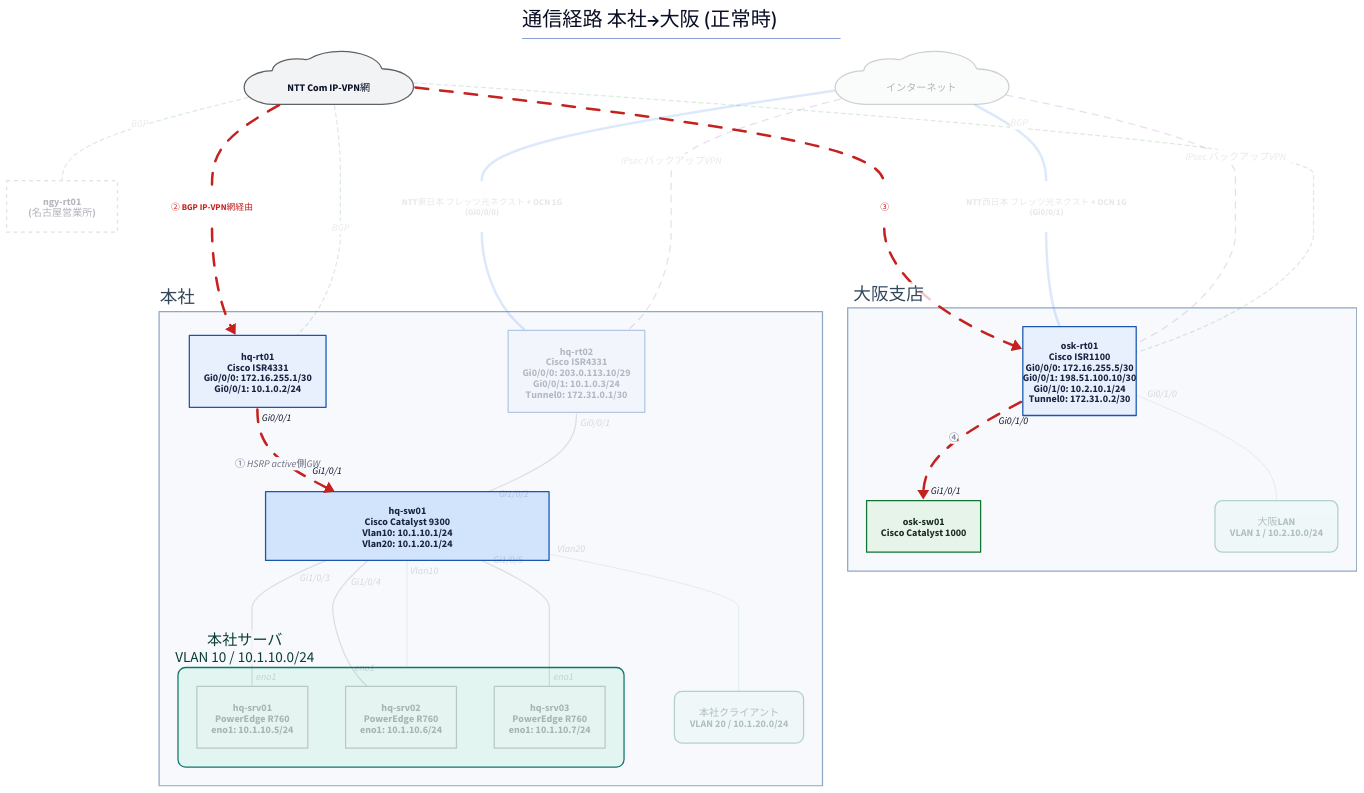
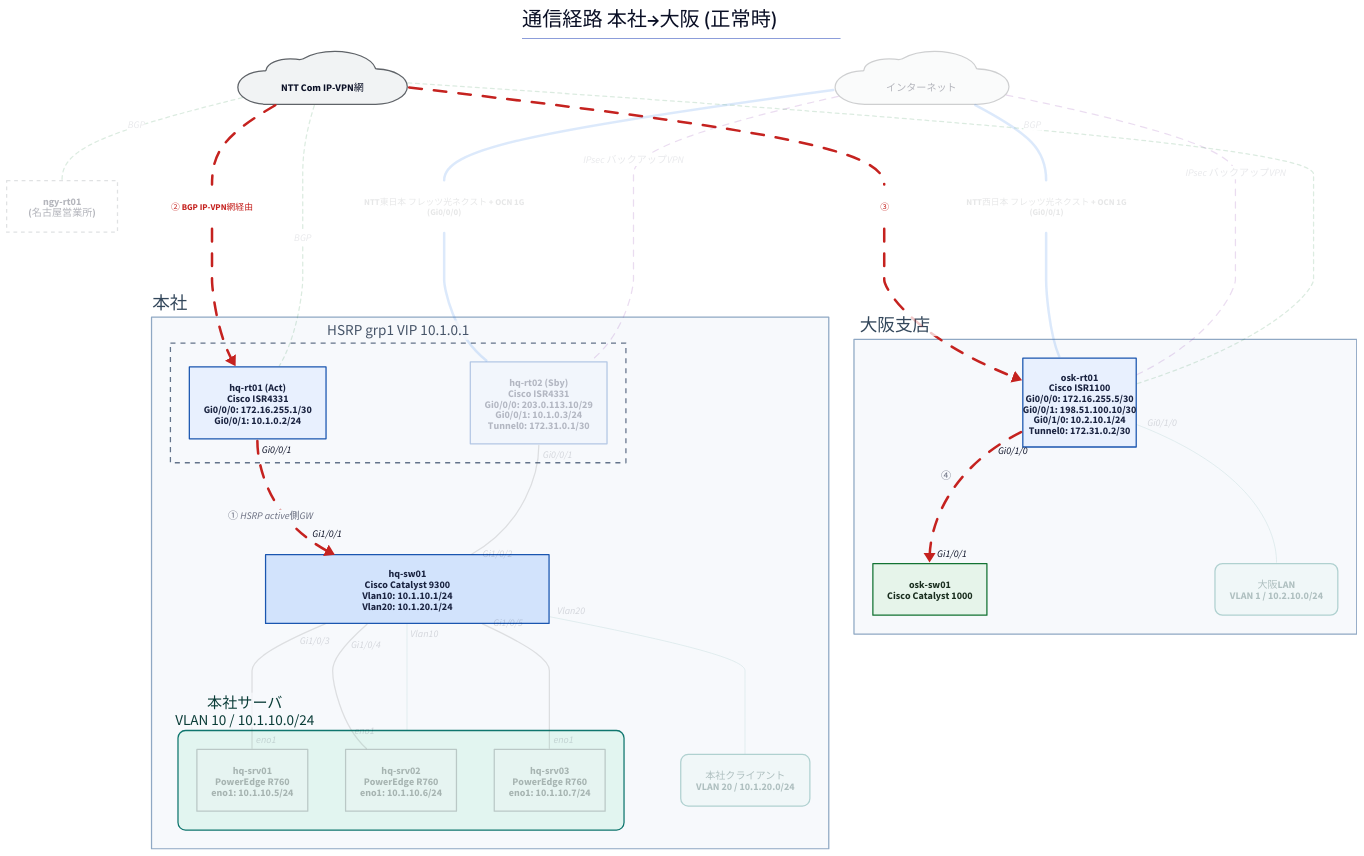
One commit to thinas1115/nwdsl changed the diagram in examples/sample-corp/generated/path-normal.d2. Above: the diagram before and after it, drawn with D2. The commit also changed 91 other files, not shown here.

```diff
--- a/examples/sample-corp/generated/path-normal.d2
+++ b/examples/sample-corp/generated/path-normal.d2
@@ -1,78 +1,82 @@
 title: |md
   # 通信経路 本社→大阪 (正常時)
 | {near: top-center}
 direction: down
 
 classes: {
   role-router: {style.fill: "#e8f0fe"; style.stroke: "#1a56b0"; style.font-color: "#1a2340"}
   role-l3switch: {style.fill: "#d2e3fc"; style.stroke: "#1a56b0"; style.font-color: "#1a2340"}
   role-l2switch: {style.fill: "#e6f4ea"; style.stroke: "#137333"; style.font-color: "#1a2e1f"}
   role-firewall: {style.fill: "#fce8e6"; style.stroke: "#c5221f"; style.font-color: "#3c1a19"}
   role-other: {style.fill: "#f1f3f4"; style.stroke: "#5f6368"; style.font-color: "#202124"}
   node-cloud: {shape: cloud; style.fill: "#f1f3f4"; style.stroke: "#5f6368"}
   node-site: {style.fill: "#fff8e1"; style.stroke: "#b58105"; style.font-color: "#4a3a08"}
   node-segment: {style.fill: "#e2f5f0"; style.stroke: "#0f766e"; style.font-color: "#0b3d38"; style.border-radius: 12}
   node-external: {style.fill: "#ffffff"; style.stroke: "#9aa0a6"; style.stroke-dash: 3}
   group-site: {style.fill: "#f7f9fc"; style.stroke: "#8fa8c4"; style.font-color: "#33475b"}
+  group-redundancy: {style.fill: "transparent"; style.stroke: "#64748b"; style.stroke-dash: 4; style.font-color: "#475569"}
   edge-label: {style.fill: "transparent"; style.stroke: "transparent"; style.font-size: 14; style.font-color: "#5f6368"; style.italic: true}
   edge-lan-cable: {style.stroke: "#4a4a4a"; style.stroke-width: 2}
   edge-wan-circuit: {style.stroke: "#1a73e8"; style.stroke-width: 4}
   edge-tunnel: {style.stroke: "#7b1fa2"; style.stroke-width: 2; style.stroke-dash: 5}
   edge-logical: {style.stroke: "#188038"; style.stroke-width: 2; style.stroke-dash: 3}
   edge-segment: {style.stroke: "#0f766e"; style.stroke-width: 1}
 }
 
 s_hq: "本社" {
   class: group-site
   label.near: outside-top-left
-  n_hq_rt01: "hq-rt01\nCisco ISR4331\nGi0/0/0: 172.16.255.1/30\nGi0/0/1: 10.1.0.2/24" {class: role-router}
+  rg_hq_wan_rt: "HSRP grp1 VIP 10.1.0.1" {
+    class: group-redundancy
+    n_hq_rt01: "hq-rt01 (Act)\nCisco ISR4331\nGi0/0/0: 172.16.255.1/30\nGi0/0/1: 10.1.0.2/24" {class: role-router}
+    n_hq_rt02: "hq-rt02 (Sby)\nCisco ISR4331\nGi0/0/0: 203.0.113.10/29\nGi0/0/1: 10.1.0.3/24\nTunnel0: 172.31.0.1/30" {class: role-router; style.opacity: 0.3}
+  }
   n_hq_sw01: "hq-sw01\nCisco Catalyst 9300\nVlan10: 10.1.10.1/24\nVlan20: 10.1.20.1/24" {class: role-l3switch; width: 450}
-  n_hq_rt02: "hq-rt02\nCisco ISR4331\nGi0/0/0: 203.0.113.10/29\nGi0/0/1: 10.1.0.3/24\nTunnel0: 172.31.0.1/30" {class: role-router; style.opacity: 0.3}
   n_seg__hq_server: "本社サーバ\nVLAN 10 / 10.1.10.0/24" {
     class: node-segment
     label.near: outside-top-left
     n_hq_srv01: "hq-srv01\nPowerEdge R760\neno1: 10.1.10.5/24" {class: role-other; style.opacity: 0.3}
     n_hq_srv02: "hq-srv02\nPowerEdge R760\neno1: 10.1.10.6/24" {class: role-other; style.opacity: 0.3}
     n_hq_srv03: "hq-srv03\nPowerEdge R760\neno1: 10.1.10.7/24" {class: role-other; style.opacity: 0.3}
   }
   n_seg__hq_client: "本社クライアント\nVLAN 20 / 10.1.20.0/24" {class: node-segment; style.opacity: 0.3}
 }
 
 s_osk: "大阪支店" {
   class: group-site
   label.near: outside-top-left
   n_osk_rt01: "osk-rt01\nCisco ISR1100\nGi0/0/0: 172.16.255.5/30\nGi0/0/1: 198.51.100.10/30\nGi0/1/0: 10.2.10.1/24\nTunnel0: 172.31.0.2/30" {class: role-router; width: 180}
   n_osk_sw01: "osk-sw01\nCisco Catalyst 1000" {class: role-l2switch}
   n_seg__osk_lan: "大阪LAN\nVLAN 1 / 10.2.10.0/24" {class: node-segment; style.opacity: 0.3}
 }
 
 n_ipvpn: "　NTT Com IP-VPN網　" {class: node-cloud}
 n_internet: "　インターネット　" {class: node-cloud; style.opacity: 0.3}
 n_ngy_rt01: "ngy-rt01\n(名古屋営業所)" {class: node-external; style.opacity: 0.3}
 
-s_hq.n_hq_rt01 -> s_hq.n_hq_sw01: "① HSRP active側GW" {class: edge-lan-cable; source-arrowhead.label: "Gi0/0/1"; target-arrowhead.label: "Gi1/0/1"; style.stroke: "#c5221f"; style.stroke-width: 4; style.animated: true}
-s_hq.n_hq_rt02 -- s_hq.n_hq_sw01 {class: edge-lan-cable; source-arrowhead.label: "Gi0/0/1"; target-arrowhead.label: "Gi1/0/2"; style.opacity: 0.15}
+s_hq.rg_hq_wan_rt.n_hq_rt01 -> s_hq.n_hq_sw01: "① HSRP active側GW" {class: edge-lan-cable; source-arrowhead.label: "Gi0/0/1"; target-arrowhead.label: "Gi1/0/1"; style.stroke: "#c5221f"; style.stroke-width: 4; style.animated: true}
+s_hq.rg_hq_wan_rt.n_hq_rt02 -- s_hq.n_hq_sw01 {class: edge-lan-cable; source-arrowhead.label: "Gi0/0/1"; target-arrowhead.label: "Gi1/0/2"; style.opacity: 0.15}
 s_osk.n_osk_rt01 -> s_osk.n_osk_sw01: "④" {class: edge-lan-cable; source-arrowhead.label: "Gi0/1/0"; target-arrowhead.label: "Gi1/0/1"; style.stroke: "#c5221f"; style.stroke-width: 4; style.animated: true}
 s_hq.n_hq_sw01 -- s_hq.n_seg__hq_server.n_hq_srv01 {class: edge-lan-cable; source-arrowhead.label: "Gi1/0/3"; target-arrowhead.label: "eno1"; style.opacity: 0.15}
 s_hq.n_hq_sw01 -- s_hq.n_seg__hq_server.n_hq_srv02 {class: edge-lan-cable; source-arrowhead.label: "Gi1/0/4"; target-arrowhead.label: "eno1"; style.opacity: 0.15}
 s_hq.n_hq_sw01 -- s_hq.n_seg__hq_server.n_hq_srv03 {class: edge-lan-cable; source-arrowhead.label: "Gi1/0/5"; target-arrowhead.label: "eno1"; style.opacity: 0.15}
 lbl_6: "② BGP IP-VPN網経由" {class: edge-label; style.font-color: "#c5221f"; style.bold: true}
 n_ipvpn -- lbl_6 {class: edge-wan-circuit; style.stroke: "#c5221f"; style.stroke-width: 4; style.animated: true}
-lbl_6 -> s_hq.n_hq_rt01 {class: edge-wan-circuit; style.stroke: "#c5221f"; style.stroke-width: 4; style.animated: true}
+lbl_6 -> s_hq.rg_hq_wan_rt.n_hq_rt01 {class: edge-wan-circuit; style.stroke: "#c5221f"; style.stroke-width: 4; style.animated: true}
 lbl_7: "③" {class: edge-label; style.font-color: "#c5221f"; style.bold: true}
 n_ipvpn -- lbl_7 {class: edge-wan-circuit; style.stroke: "#c5221f"; style.stroke-width: 4; style.animated: true}
 lbl_7 -> s_osk.n_osk_rt01 {class: edge-wan-circuit; style.stroke: "#c5221f"; style.stroke-width: 4; style.animated: true}
 lbl_8: "NTT東日本 フレッツ光ネクスト + OCN 1G\n(Gi0/0/0)" {class: edge-label; style.opacity: 0.15}
 n_internet -- lbl_8 {class: edge-wan-circuit; style.opacity: 0.15}
-lbl_8 -- s_hq.n_hq_rt02 {class: edge-wan-circuit; style.opacity: 0.15}
+lbl_8 -- s_hq.rg_hq_wan_rt.n_hq_rt02 {class: edge-wan-circuit; style.opacity: 0.15}
 lbl_9: "NTT西日本 フレッツ光ネクスト + OCN 1G\n(Gi0/0/1)" {class: edge-label; style.opacity: 0.15}
 n_internet -- lbl_9 {class: edge-wan-circuit; style.opacity: 0.15}
 lbl_9 -- s_osk.n_osk_rt01 {class: edge-wan-circuit; style.opacity: 0.15}
-n_internet -- s_hq.n_hq_rt02: "IPsec バックアップVPN" {class: edge-tunnel; style.opacity: 0.15}
+n_internet -- s_hq.rg_hq_wan_rt.n_hq_rt02: "IPsec バックアップVPN" {class: edge-tunnel; style.opacity: 0.15}
 n_internet -- s_osk.n_osk_rt01: "IPsec バックアップVPN" {class: edge-tunnel; style.opacity: 0.15}
-n_ipvpn -- s_hq.n_hq_rt01: "BGP" {class: edge-logical; style.opacity: 0.15}
+n_ipvpn -- s_hq.rg_hq_wan_rt.n_hq_rt01: "BGP" {class: edge-logical; style.opacity: 0.15}
 n_ipvpn -- s_osk.n_osk_rt01: "BGP" {class: edge-logical; style.opacity: 0.15}
 n_ipvpn -- n_ngy_rt01: "BGP" {class: edge-logical; style.opacity: 0.15}
 s_hq.n_hq_sw01 -- s_hq.n_seg__hq_server {class: edge-segment; source-arrowhead.label: "Vlan10"; style.opacity: 0.15}
 s_hq.n_hq_sw01 -- s_hq.n_seg__hq_client {class: edge-segment; source-arrowhead.label: "Vlan20"; style.opacity: 0.15}
 s_osk.n_osk_rt01 -- s_osk.n_seg__osk_lan {class: edge-segment; source-arrowhead.label: "Gi0/1/0"; style.opacity: 0.15}
```
